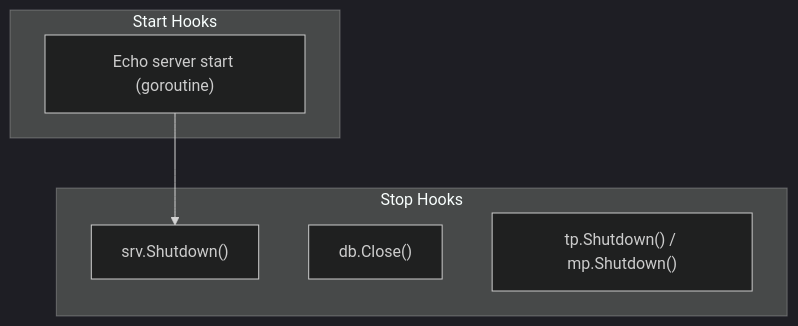
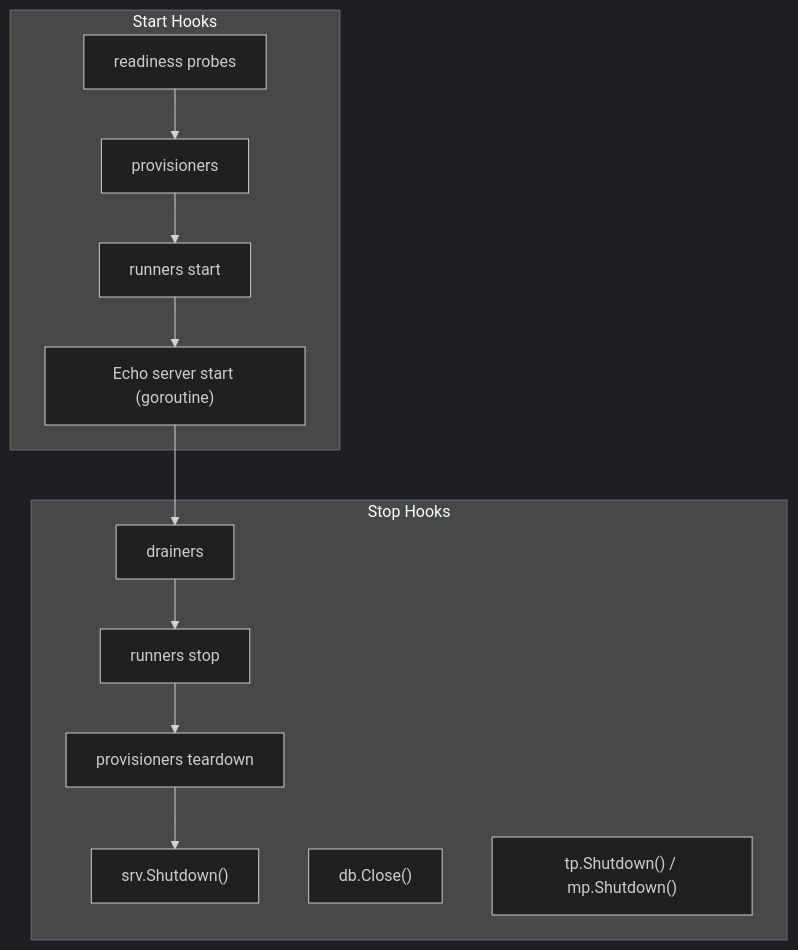
One commit to Tomy-ch/go-boilerplate changed the diagram in internal/di/server/hook/README.md. Above: the diagram before and after it, drawn with Mermaid (dark theme). The commit also changed other lines of this file and 5 other files, not shown here.

````diff
--- a/internal/di/server/hook/README.md
+++ b/internal/di/server/hook/README.md
@@ -15,16 +15,16 @@
 ```mermaid
 flowchart TB
     subgraph "Start Hooks"
-        HTTP["Echo server start (goroutine)"]
+        Probe["readiness probes"] --> Provision["provisioners"] --> RunStart["runners start"] --> HTTP["Echo server start (goroutine)"]
     end
 
     subgraph "Stop Hooks"
-        Shutdown["srv.Shutdown()"]
+        Drain["drainers"] --> RunStop["runners stop"] --> Teardown["provisioners teardown"] --> Shutdown["srv.Shutdown()"]
         DBClose["db.Close()"]
         O11yShutdown["tp.Shutdown() / mp.Shutdown()"]
     end
 
-    HTTP --> Shutdown
+    HTTP --> Drain
     DBClose
     O11yShutdown
 ```
````
